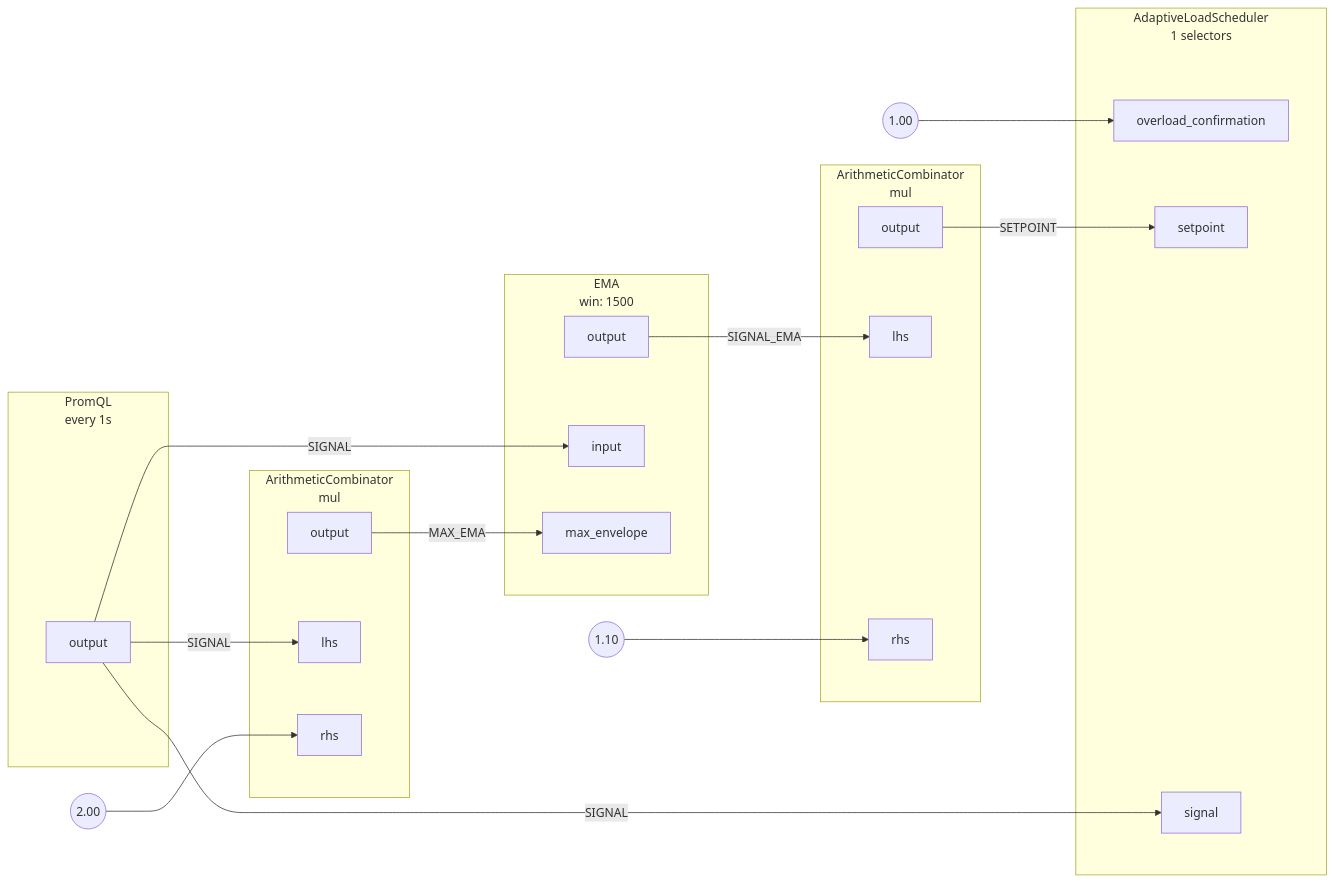
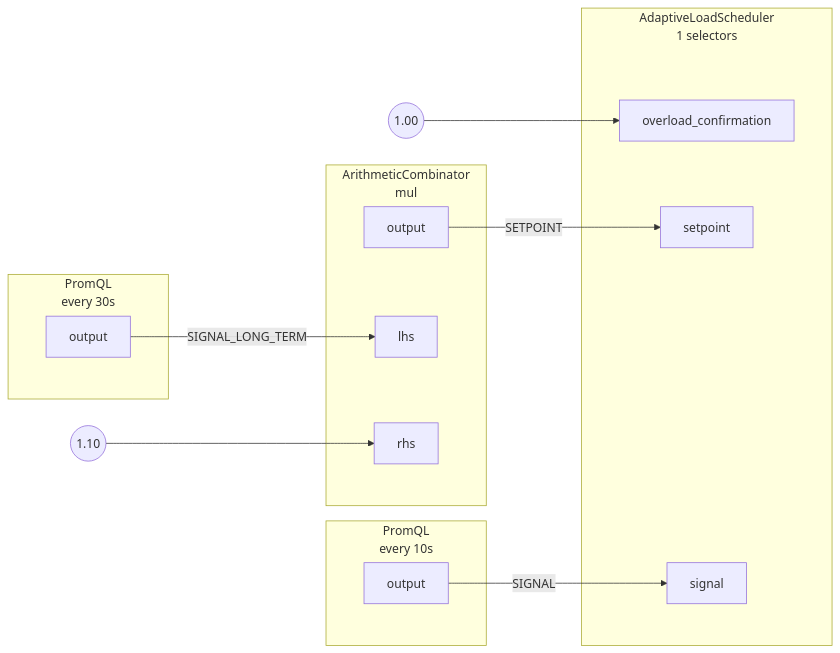
One commit to dataongunlaws/aperture changed the diagram in docs/content/use-cases/load-scheduling/assets/protection/graph.mmd. Above: the diagram before and after it, drawn with Mermaid. The commit also changed 72 other files, not shown here.

```diff
--- a/docs/content/use-cases/load-scheduling/assets/protection/graph.mmd
+++ b/docs/content/use-cases/load-scheduling/assets/protection/graph.mmd
@@ -1,63 +1,42 @@
 flowchart LR
 subgraph root.0[<center>AdaptiveLoadScheduler<br/>1 selectors</center>]
 subgraph root.0_inports[ ]
 style root.0_inports fill:none,stroke:none
 root.0overload_confirmation[overload_confirmation]
 root.0setpoint[setpoint]
 root.0signal[signal]
 end
 subgraph root.0_outports[ ]
 style root.0_outports fill:none,stroke:none
 end
 end
 root.0_overload_confirmation_FakeConstantout((1.00))
-subgraph root.1[<center>PromQL<br/>every 1s</center>]
+subgraph root.1[<center>PromQL<br/>every 10s</center>]
 subgraph root.1_outports[ ]
 style root.1_outports fill:none,stroke:none
 root.1output[output]
 end
 end
-subgraph root.2[<center>ArithmeticCombinator<br/>mul</center>]
-subgraph root.2_inports[ ]
-style root.2_inports fill:none,stroke:none
-root.2lhs[lhs]
-root.2rhs[rhs]
-end
+subgraph root.2[<center>PromQL<br/>every 30s</center>]
 subgraph root.2_outports[ ]
 style root.2_outports fill:none,stroke:none
 root.2output[output]
 end
 end
-root.2_rhs_FakeConstantout((2.00))
-subgraph root.3[<center>EMA<br/>win: 1500</center>]
+subgraph root.3[<center>ArithmeticCombinator<br/>mul</center>]
 subgraph root.3_inports[ ]
 style root.3_inports fill:none,stroke:none
-root.3input[input]
-root.3max_envelope[max_envelope]
+root.3lhs[lhs]
+root.3rhs[rhs]
 end
 subgraph root.3_outports[ ]
 style root.3_outports fill:none,stroke:none
 root.3output[output]
 end
 end
-subgraph root.4[<center>ArithmeticCombinator<br/>mul</center>]
-subgraph root.4_inports[ ]
-style root.4_inports fill:none,stroke:none
-root.4lhs[lhs]
-root.4rhs[rhs]
-end
-subgraph root.4_outports[ ]
-style root.4_outports fill:none,stroke:none
-root.4output[output]
-end
-end
-root.4_rhs_FakeConstantout((1.10))
+root.3_rhs_FakeConstantout((1.10))
 root.0_overload_confirmation_FakeConstantout --> root.0overload_confirmation
 root.1output --> |SIGNAL| root.0signal
-root.1output --> |SIGNAL| root.2lhs
-root.1output --> |SIGNAL| root.3input
-root.2output --> |MAX_EMA| root.3max_envelope
-root.2_rhs_FakeConstantout --> root.2rhs
-root.3output --> |SIGNAL_EMA| root.4lhs
-root.4output --> |SETPOINT| root.0setpoint
-root.4_rhs_FakeConstantout --> root.4rhs
+root.2output --> |SIGNAL_LONG_TERM| root.3lhs
+root.3output --> |SETPOINT| root.0setpoint
+root.3_rhs_FakeConstantout --> root.3rhs
```
